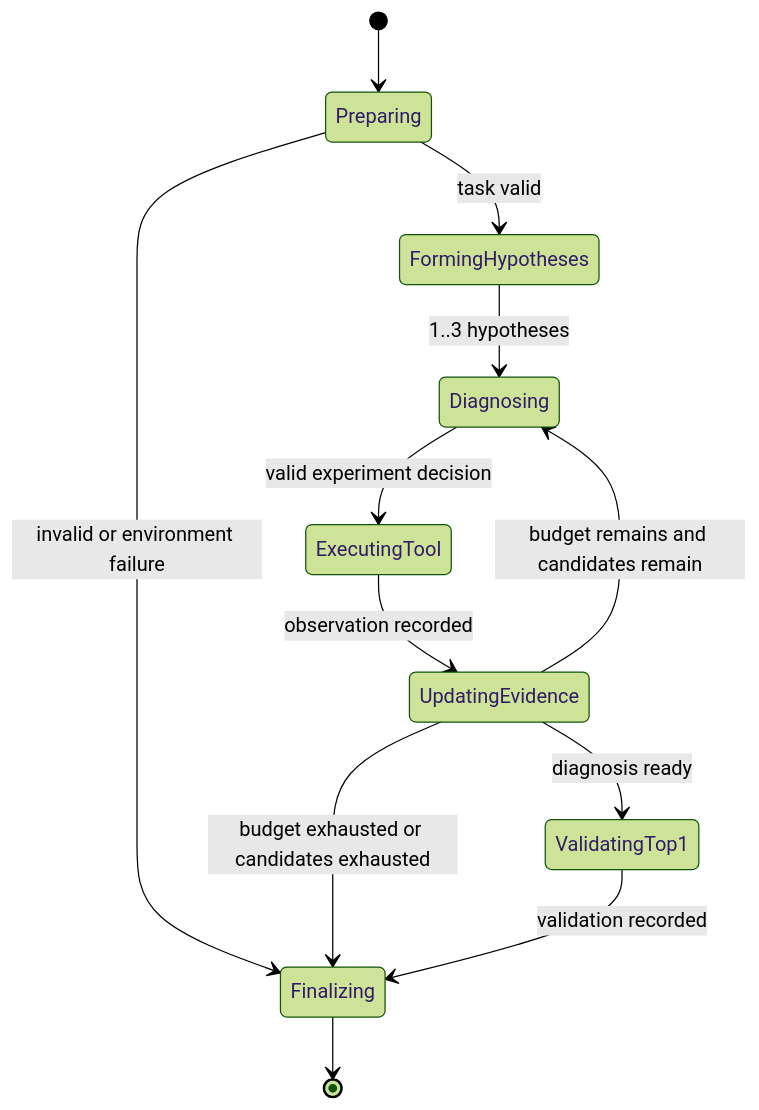
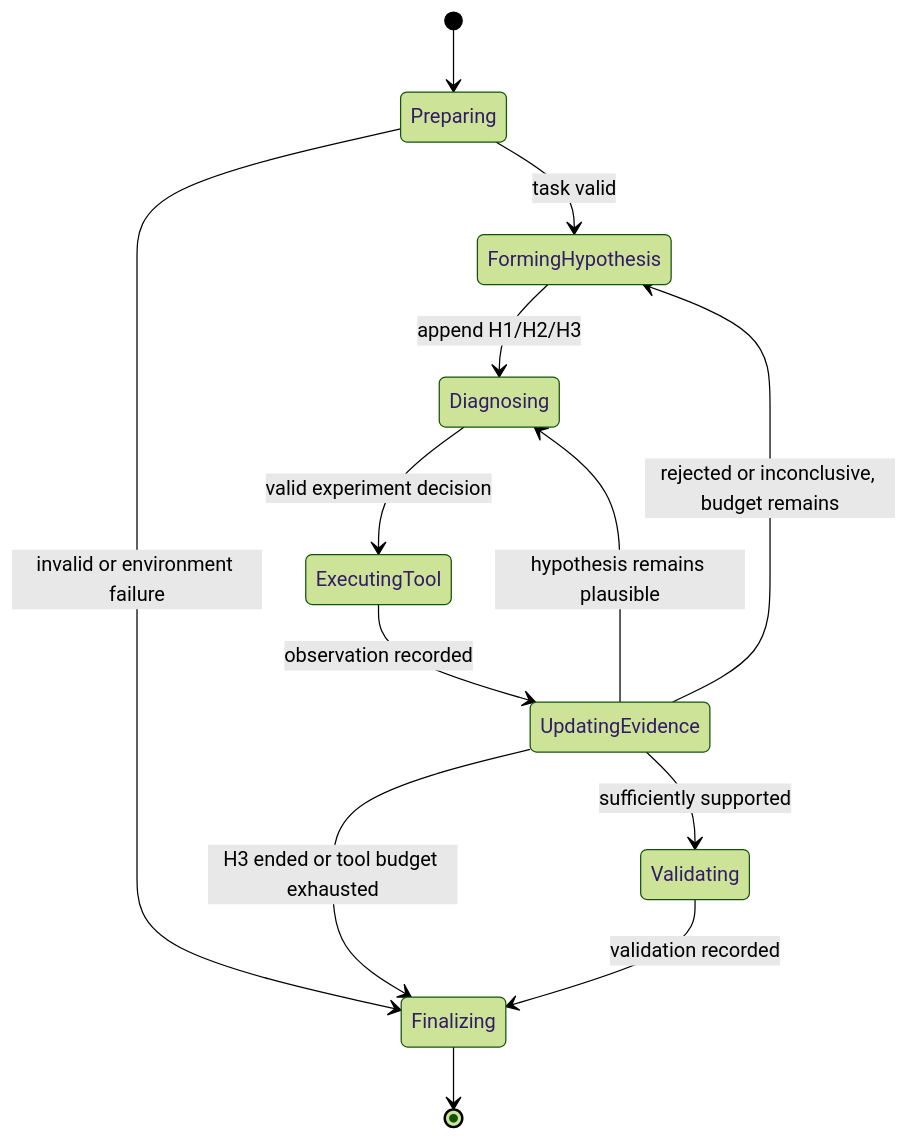
One commit to N1rv2na/CodeRCA-agent changed the second of 2 diagrams in docs/design.md. Above: the diagram before and after it, drawn with Mermaid (forest theme). The commit also changed other lines of this file and 30 other files, not shown here.

Commit message:
refactor: adopt single active hypothesis diagnosis

````diff
--- a/docs/design.md
+++ b/docs/design.md
@@ -178,14 +181,15 @@
 ```mermaid
 stateDiagram-v2
     [*] --> Preparing
-    Preparing --> FormingHypotheses: task valid
+    Preparing --> FormingHypothesis: task valid
     Preparing --> Finalizing: invalid or environment failure
-    FormingHypotheses --> Diagnosing: 1..3 hypotheses
+    FormingHypothesis --> Diagnosing: append H1/H2/H3
     Diagnosing --> ExecutingTool: valid experiment decision
     ExecutingTool --> UpdatingEvidence: observation recorded
-    UpdatingEvidence --> Diagnosing: budget remains and candidates remain
-    UpdatingEvidence --> ValidatingTop1: diagnosis ready
-    UpdatingEvidence --> Finalizing: budget exhausted or candidates exhausted
-    ValidatingTop1 --> Finalizing: validation recorded
+    UpdatingEvidence --> Diagnosing: hypothesis remains plausible
+    UpdatingEvidence --> FormingHypothesis: rejected or inconclusive, budget remains
+    UpdatingEvidence --> Validating: sufficiently supported
+    UpdatingEvidence --> Finalizing: H3 ended or tool budget exhausted
+    Validating --> Finalizing: validation recorded
     Finalizing --> [*]
 ```
````
